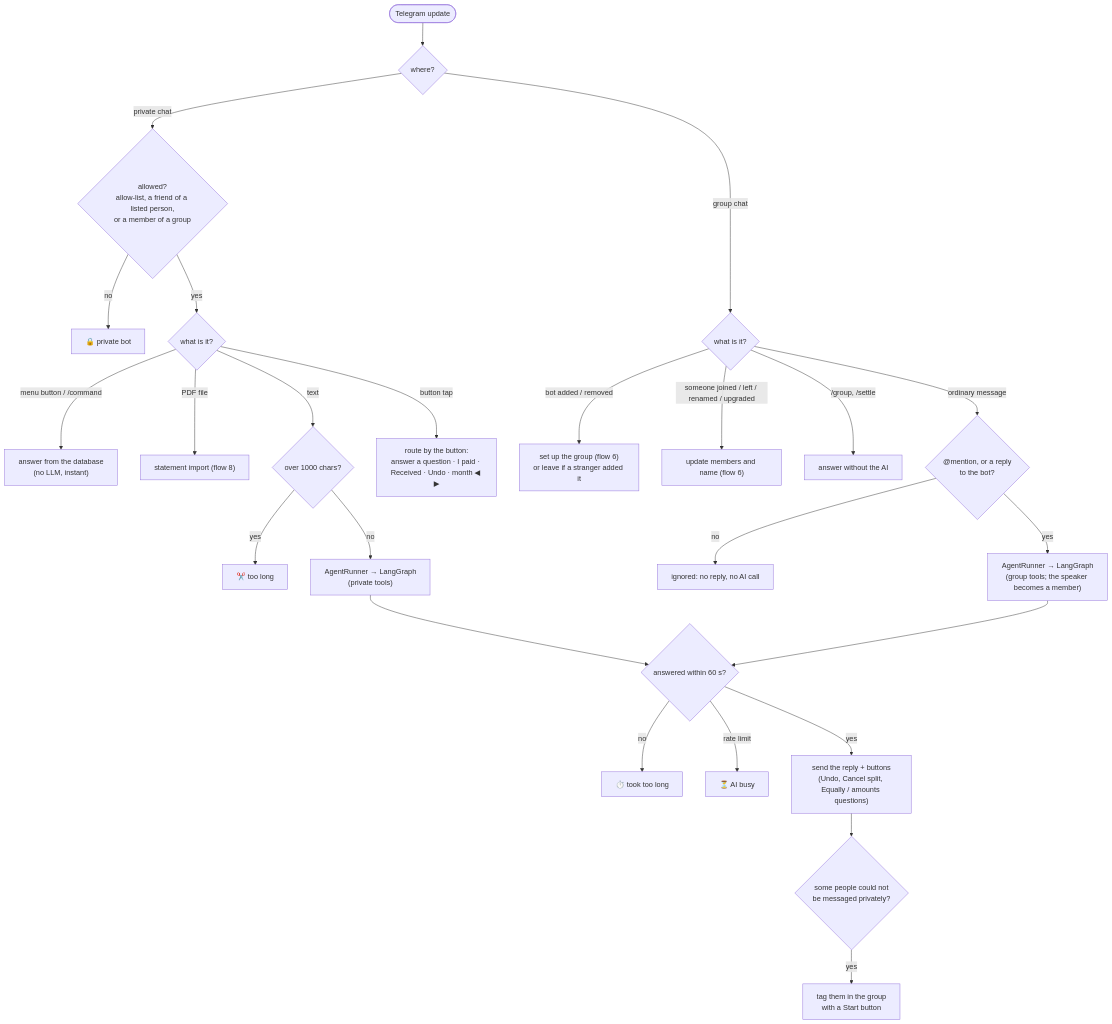
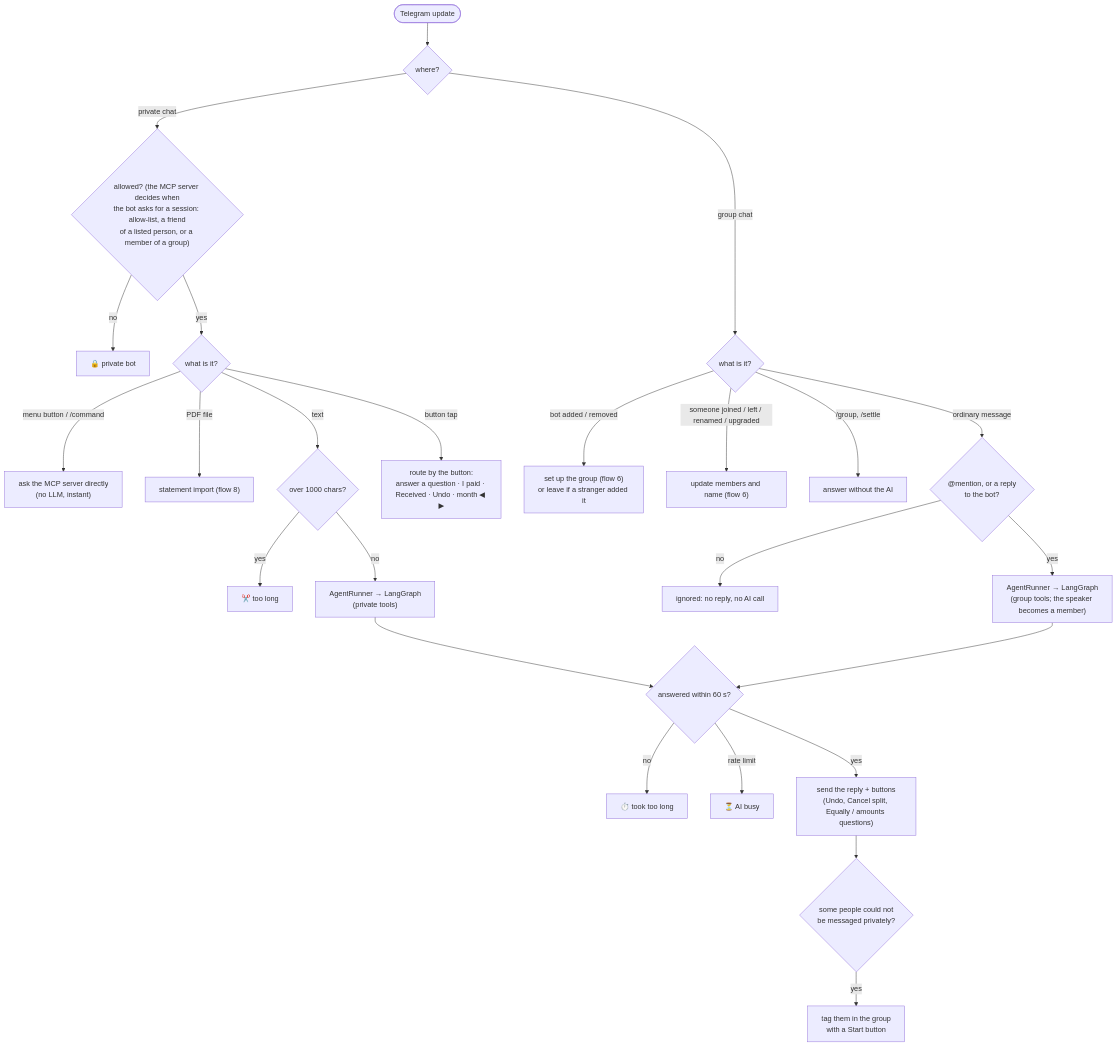
The first of 12 diagrams in docs/FLOWS.md (yeturu-surya-fission/Expense_Tracker), drawn with Mermaid before and after one commit. The commit also changed other lines of this file and 132 other files, not shown here.

````diff
--- a/docs/FLOWS.md
+++ b/docs/FLOWS.md
@@ -17,30 +21,30 @@
 ```mermaid
 flowchart TD
     IN(["Telegram update"]) --> WHERE{"where?"}
 
-    WHERE -->|"private chat"| PALLOW{"allowed?<br/>allow-list, a friend of a listed person,<br/>or a member of a group"}
+    WHERE -->|"private chat"| PALLOW{"allowed? (the MCP server decides when<br/>the bot asks for a session: allow-list, a friend<br/>of a listed person, or a member of a group)"}
     PALLOW -->|no| DENY["🔒 private bot"]
     PALLOW -->|yes| PKIND{"what is it?"}
-    PKIND -->|"menu button / /command"| DIRECT["answer from the database<br/>(no LLM, instant)"]
+    PKIND -->|"menu button / /command"| DIRECT["ask the MCP server directly<br/>(no LLM, instant)"]
     PKIND -->|"PDF file"| PDF["statement import (flow 8)"]
     PKIND -->|"text"| LEN{"over 1000 chars?"}
     LEN -->|yes| TOOLONG["✂️ too long"]
     LEN -->|no| AGENT["AgentRunner → LangGraph<br/>(private tools)"]
     PKIND -->|"button tap"| CB["route by the button:<br/>answer a question · I paid · Received · Undo · month ◀ ▶"]
 
     WHERE -->|"group chat"| GKIND{"what is it?"}
     GKIND -->|"bot added / removed"| SETUP["set up the group (flow 6)<br/>or leave if a stranger added it"]
     GKIND -->|"someone joined / left / renamed / upgraded"| MEMB["update members and name (flow 6)"]
     GKIND -->|"/group, /settle"| GCMD["answer without the AI"]
     GKIND -->|"ordinary message"| ADDR{"@mention, or a reply<br/>to the bot?"}
     ADDR -->|no| IGN["ignored: no reply, no AI call"]
     ADDR -->|yes| GAGENT["AgentRunner → LangGraph<br/>(group tools; the speaker becomes a member)"]
 
     AGENT --> TO{"answered within 60 s?"}
     GAGENT --> TO
     TO -->|no| T1["⏱️ took too long"]
     TO -->|"rate limit"| T2["⏳ AI busy"]
     TO -->|yes| SEND["send the reply + buttons<br/>(Undo, Cancel split, Equally / amounts questions)"]
     SEND --> TAG{"some people could not<br/>be messaged privately?"}
     TAG -->|yes| START["tag them in the group<br/>with a Start button"]
 ```
````
